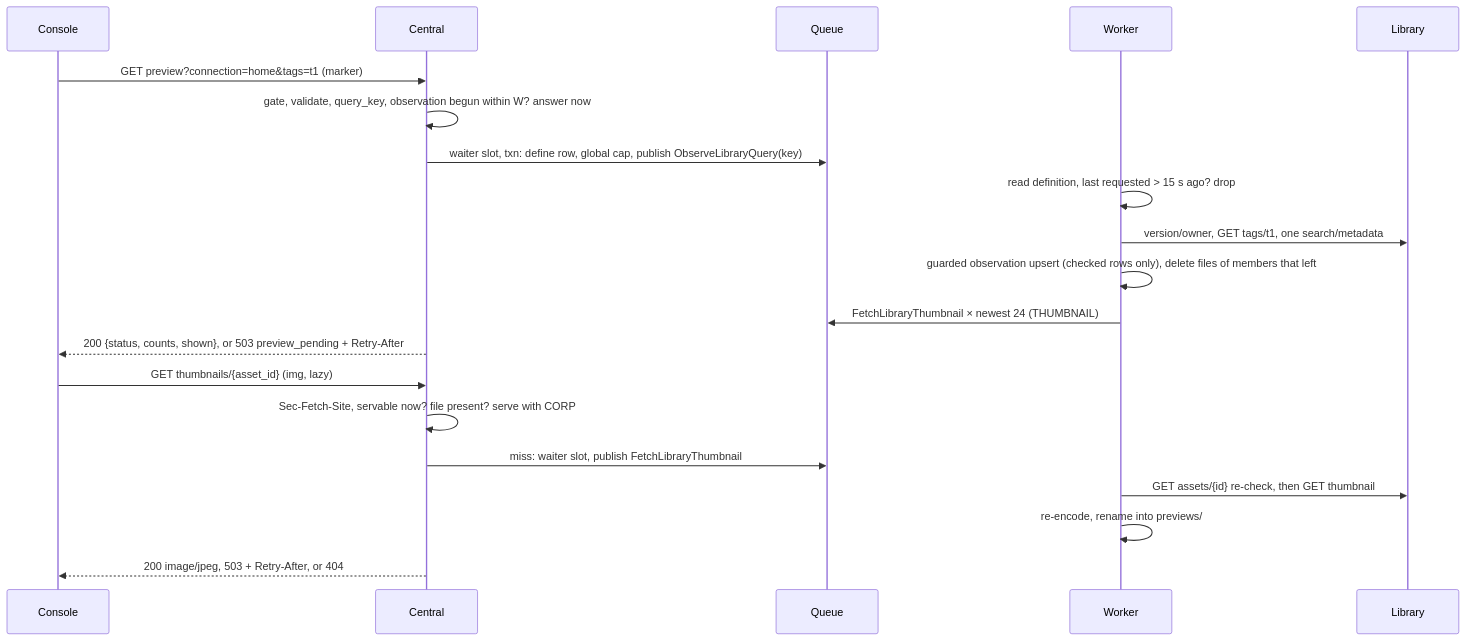
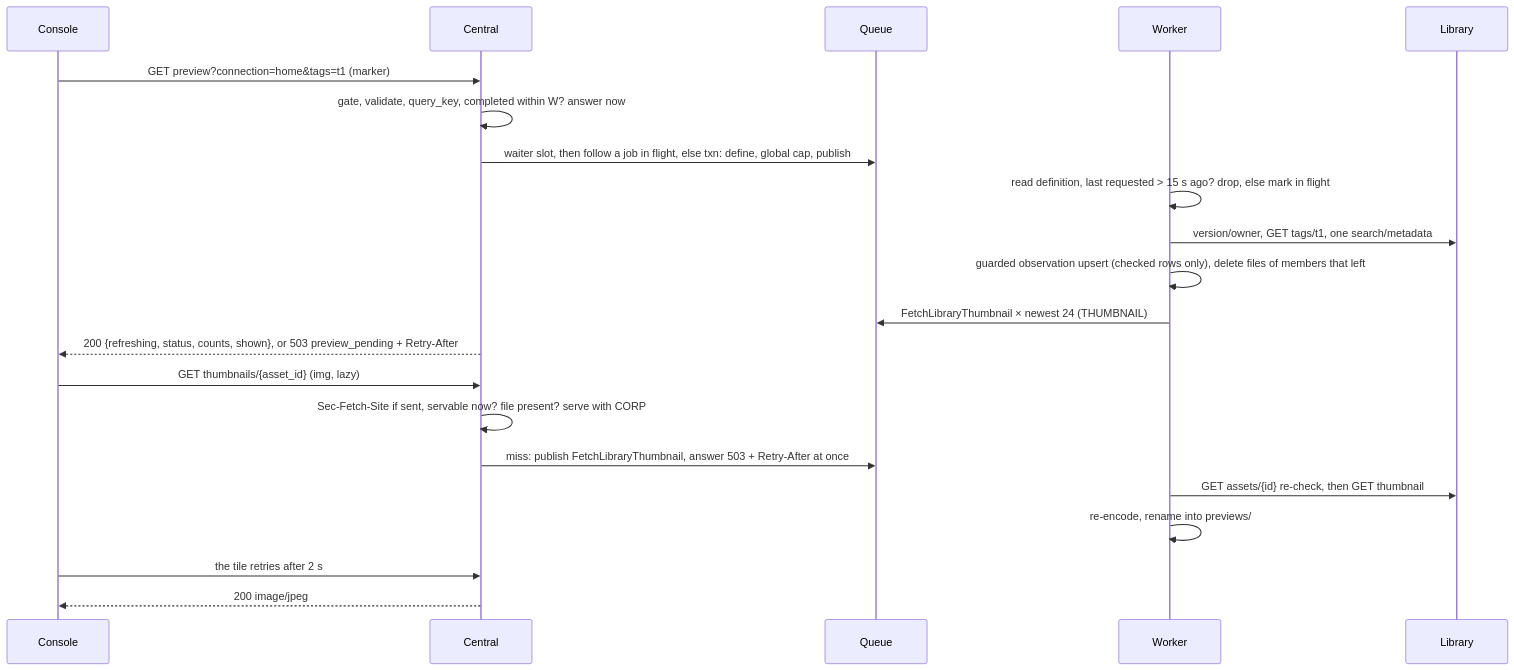
Before and after one commit to mcurcio/photo-wall: the second of 2 diagrams in docs/operator-console-ux-pass2-library.md, drawn with Mermaid. The commit also changed other lines of this file, not shown here.

First line of the commit message:
docs(console): pass B design revision 6 after the independent review

````diff
--- a/docs/operator-console-ux-pass2-library.md
+++ b/docs/operator-console-ux-pass2-library.md
@@ -189,22 +245,23 @@
 ```mermaid
 sequenceDiagram
   participant B as Console
   participant C as Central
   participant Q as Queue
   participant W as Worker
   participant L as Library
   B->>C: GET preview?connection=home&tags=t1 (marker)
-  C->>C: gate, validate, query_key, observation begun within W? answer now
-  C->>Q: waiter slot, txn: define row, global cap, publish ObserveLibraryQuery(key)
-  W->>W: read definition, last requested > 15 s ago? drop
+  C->>C: gate, validate, query_key, completed within W? answer now
+  C->>Q: waiter slot, then follow a job in flight, else txn: define, global cap, publish
+  W->>W: read definition, last requested > 15 s ago? drop, else mark in flight
   W->>L: version/owner, GET tags/t1, one search/metadata
   W->>W: guarded observation upsert (checked rows only), delete files of members that left
   W->>Q: FetchLibraryThumbnail × newest 24 (THUMBNAIL)
-  C-->>B: 200 {status, counts, shown}, or 503 preview_pending + Retry-After
+  C-->>B: 200 {refreshing, status, counts, shown}, or 503 preview_pending + Retry-After
   B->>C: GET thumbnails/{asset_id} (img, lazy)
-  C->>C: Sec-Fetch-Site, servable now? file present? serve with CORP
-  C->>Q: miss: waiter slot, publish FetchLibraryThumbnail
+  C->>C: Sec-Fetch-Site if sent, servable now? file present? serve with CORP
+  C->>Q: miss: publish FetchLibraryThumbnail, answer 503 + Retry-After at once
   W->>L: GET assets/{id} re-check, then GET thumbnail
   W->>W: re-encode, rename into previews/
-  C-->>B: 200 image/jpeg, 503 + Retry-After, or 404
+  B->>C: the tile retries after 2 s
+  C-->>B: 200 image/jpeg
 ```
````
